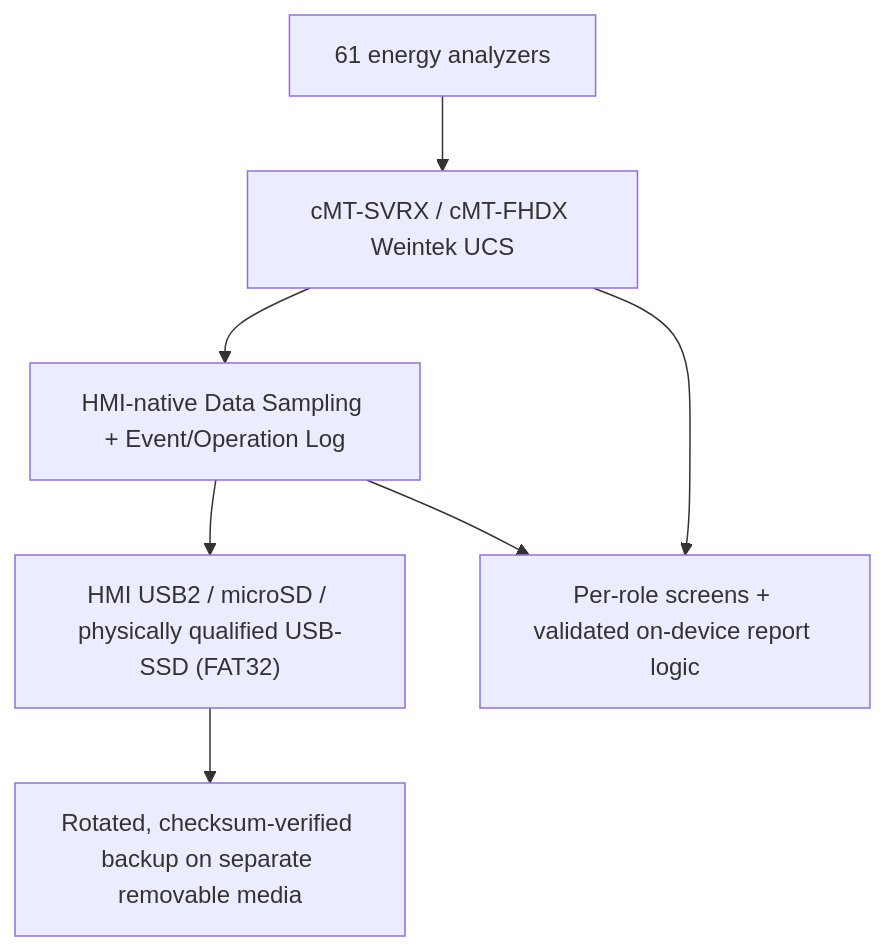
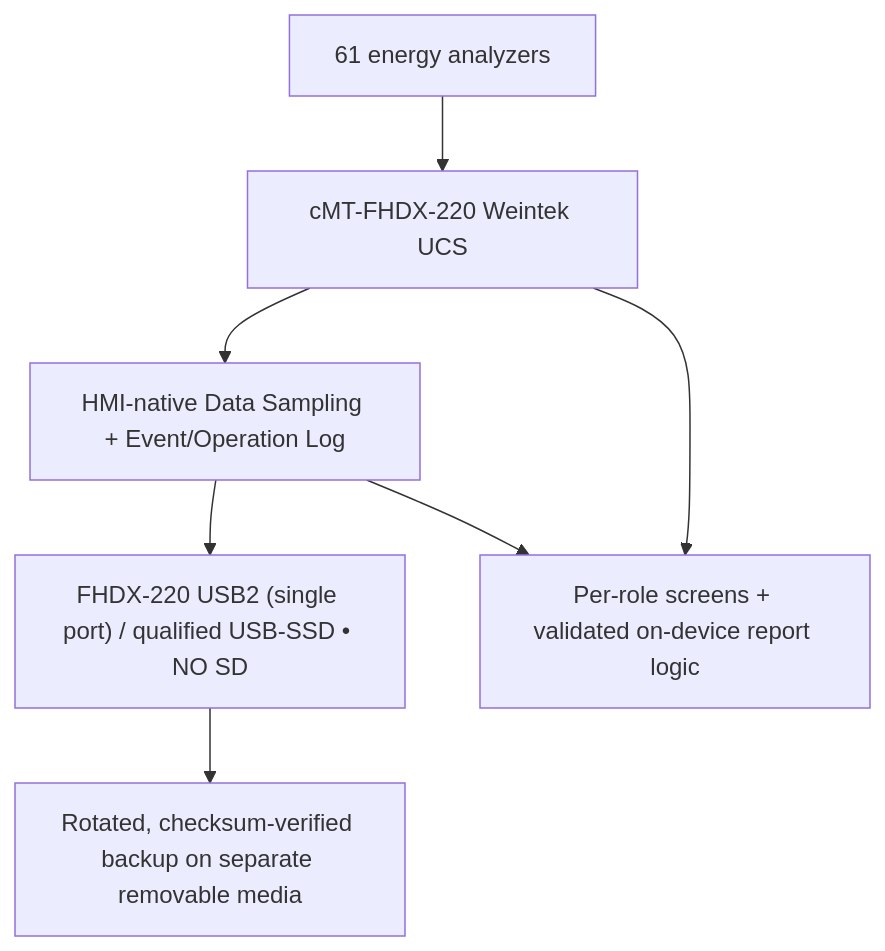
Before and after one commit to raohassandev/Weintek-Macro-Javascript-based-reporting: the diagram in docs/STORAGE_DECISION_AND_CAPACITY.md, drawn with Mermaid. The commit also changed other lines of this file and 14 other files, not shown here.

Commit message:
docs: select cMT-FHDX-220 as UCS hardware target (#36)

````diff
--- a/docs/STORAGE_DECISION_AND_CAPACITY.md
+++ b/docs/STORAGE_DECISION_AND_CAPACITY.md
@@ -5,9 +5,9 @@
 ```mermaid
 flowchart TB
-  M["61 energy analyzers"] --> W["cMT-SVRX / cMT-FHDX Weintek UCS"]
+  M["61 energy analyzers"] --> W["cMT-FHDX-220 Weintek UCS"]
   W --> DS["HMI-native Data Sampling + Event/Operation Log"]
-  DS --> USB["HMI USB2 / microSD / physically qualified USB-SSD (FAT32)"]
+  DS --> USB["FHDX-220 USB2 (single port) / qualified USB-SSD • NO SD"]
   USB --> BACKUP["Rotated, checksum-verified backup on separate removable media"]
   W --> R["Per-role screens + validated on-device report logic"]
   DS --> R
 ```
````
